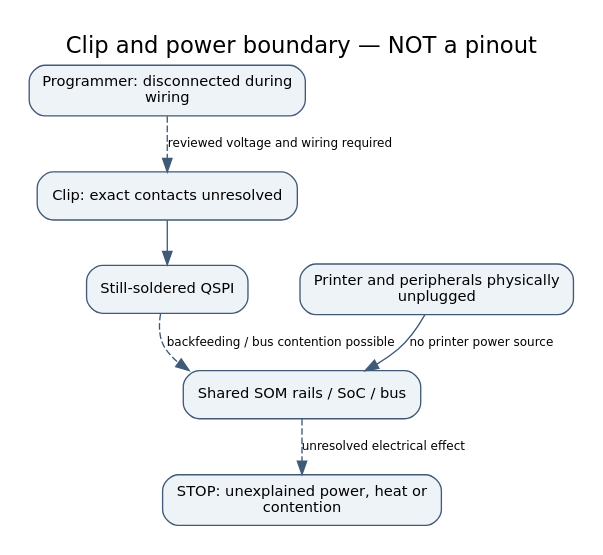
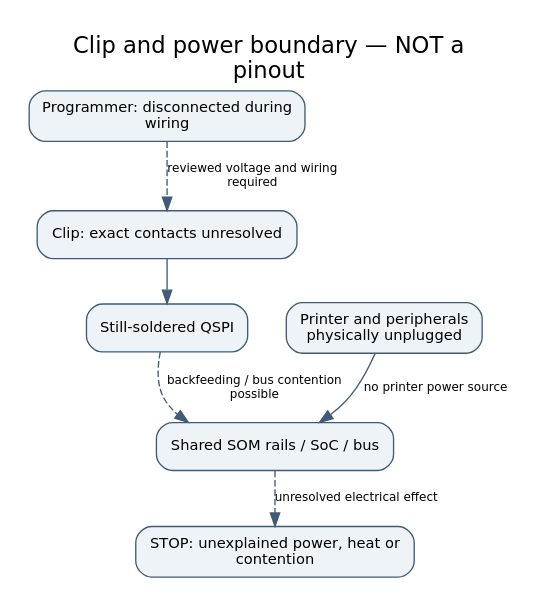
Before and after one commit to Zimbo88/form3-owner-root-source: the diagram in docs/figures/03-clip-power-boundary.dot, drawn with Graphviz. The commit also changed 69 other files, not shown here.

```diff
--- a/docs/figures/03-clip-power-boundary.dot
+++ b/docs/figures/03-clip-power-boundary.dot
@@ -1,16 +1,16 @@
 digraph G {
-graph [rankdir=TB,bgcolor="white",pad="0.2",nodesep="0.35",ranksep="0.45",label="Clip and power boundary — NOT a pinout",labelloc=t,fontname="DejaVu Sans",fontsize=17];
+graph [rankdir=TB,bgcolor="white",pad="0.2",nodesep="0.35",ranksep="0.45",label="Clip and power boundary — NOT a\npinout",labelloc=t,fontname="DejaVu Sans",fontsize=17];
 node [shape=box,style="rounded,filled",fillcolor="#eef3f8",color="#415a77",fontname="DejaVu Sans",fontsize=11,margin="0.14,0.1"];
 edge [color="#415a77",fontname="DejaVu Sans",fontsize=9];
 pi [label="Programmer: disconnected during\nwiring"];
 clip [label="Clip: exact contacts unresolved"];
 flash [label="Still-soldered QSPI"];
 soc [label="Shared SOM rails / SoC / bus"];
-off [label="Printer and peripherals physically\nunplugged"];
+off [label="Printer and peripherals\nphysically unplugged"];
 stop [label="STOP: unexplained power, heat or\ncontention"];
-pi -> clip [label="reviewed voltage and wiring required",style=dashed];
+pi -> clip [label="reviewed voltage and wiring\nrequired",style=dashed];
 clip -> flash [label=""];
-flash -> soc [label="backfeeding / bus contention possible",style=dashed];
+flash -> soc [label="backfeeding / bus contention\npossible",style=dashed];
 off -> soc [label="no printer power source"];
 soc -> stop [label="unresolved electrical effect",style=dashed];
 }
```
